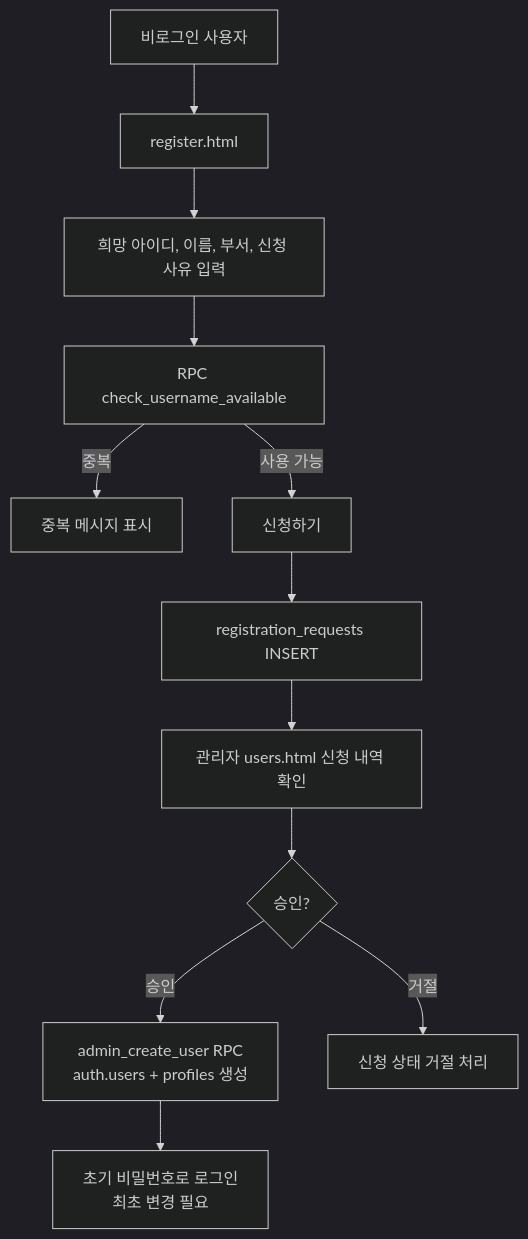
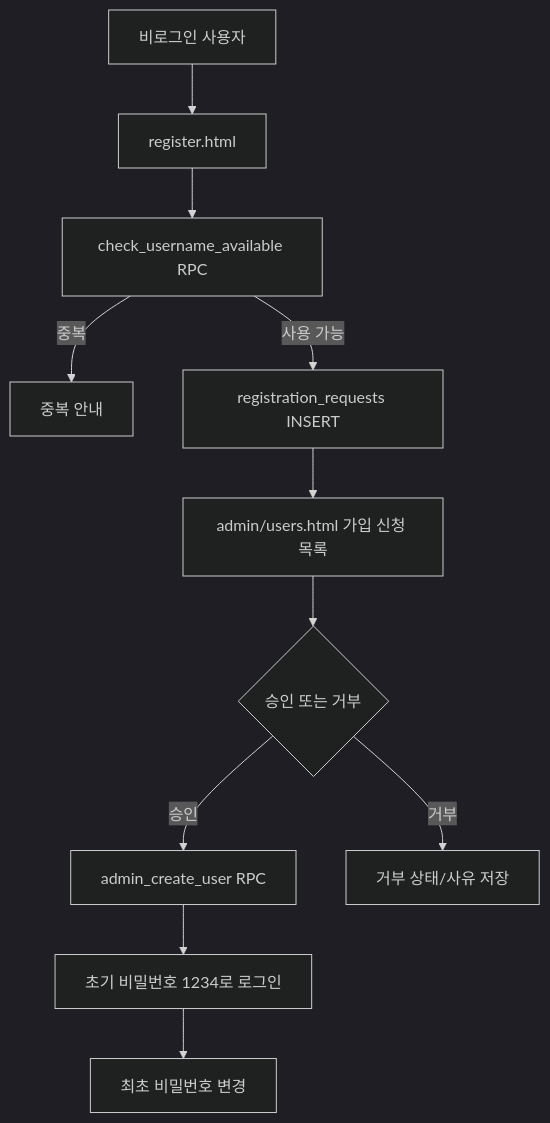
Before and after one commit to CHO-Talents/CHO-Talents: the fourth of 8 diagrams in docs/PROJECT_ARCHITECTURE_FLOW.md, drawn with Mermaid (dark theme). The commit also changed other lines of this file and 2 other files, not shown here.

````diff
--- a/docs/PROJECT_ARCHITECTURE_FLOW.md
+++ b/docs/PROJECT_ARCHITECTURE_FLOW.md
@@ -181,14 +162,13 @@
 ```mermaid
 flowchart TD
-  User["비로그인 사용자"] --> Register["register.html"]
-  Register --> Input["희망 아이디, 이름, 부서, 신청 사유 입력"]
-  Input --> CheckId["RPC check_username_available"]
-  CheckId -->|중복| Duplicate["중복 메시지 표시"]
-  CheckId -->|사용 가능| Submit["신청하기"]
-  Submit --> InsertRequest["registration_requests INSERT"]
-  InsertRequest --> AdminReview["관리자 users.html 신청 내역 확인"]
-  AdminReview --> Approve{"승인?"}
-  Approve -->|승인| CreateUser["admin_create_user RPC<br/>auth.users + profiles 생성"]
-  Approve -->|거절| Reject["신청 상태 거절 처리"]
-  CreateUser --> FirstPassword["초기 비밀번호로 로그인<br/>최초 변경 필요"]
+  Guest["비로그인 사용자"] --> Register["register.html"]
+  Register --> Check["check_username_available RPC"]
+  Check -->|중복| Duplicate["중복 안내"]
+  Check -->|사용 가능| Submit["registration_requests INSERT"]
+  Submit --> AdminReview["admin/users.html 가입 신청 목록"]
+  AdminReview --> Decision{"승인 또는 거부"}
+  Decision -->|승인| Create["admin_create_user RPC"]
+  Decision -->|거부| Reject["거부 상태/사유 저장"]
+  Create --> Login["초기 비밀번호 1234로 로그인"]
+  Login --> Change["최초 비밀번호 변경"]
 ```
````
